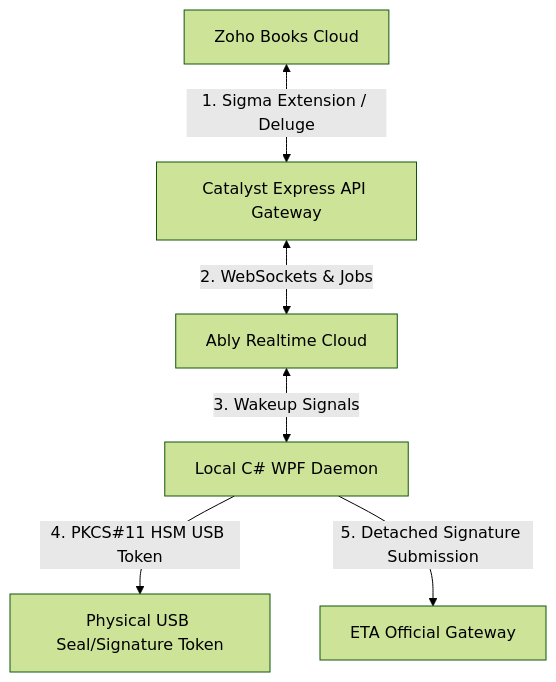
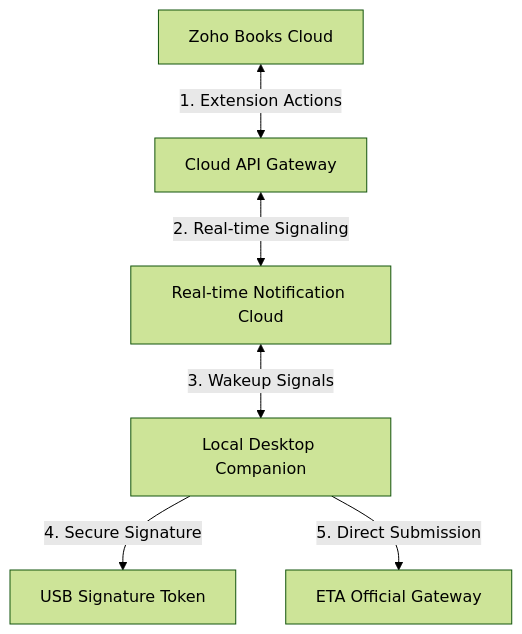
One commit to mostafawanas/wanas-apps-eta-integration changed the diagram in README.md. Above: the diagram before and after it, drawn with Mermaid (forest theme). The commit also changed other lines of this file, not shown here.

Commit message:
Remove technical stack details and simplify architecture terms

````diff
--- a/README.md
+++ b/README.md
@@ -51,8 +47,8 @@
 ```mermaid
 graph TD
-    ZB[Zoho Books Cloud] <--> |1. Sigma Extension / Deluge| CAT_API[Catalyst Express API Gateway]
-    CAT_API <--> |2. WebSockets & Jobs| ABLY[Ably Realtime Cloud]
-    ABLY <--> |3. Wakeup Signals| DAEMON[Local C# WPF Daemon]
-    DAEMON --> |4. PKCS#11 HSM USB Token| TOKEN[Physical USB Seal/Signature Token]
-    DAEMON --> |5. Detached Signature Submission| ETA[ETA Official Gateway]
+    ZB[Zoho Books Cloud] <--> |1. Extension Actions| CAT_API[Cloud API Gateway]
+    CAT_API <--> |2. Real-time Signaling| ABLY[Real-time Notification Cloud]
+    ABLY <--> |3. Wakeup Signals| DAEMON[Local Desktop Companion]
+    DAEMON --> |4. Secure Signature| TOKEN[USB Signature Token]
+    DAEMON --> |5. Direct Submission| ETA[ETA Official Gateway]
 ```
````
